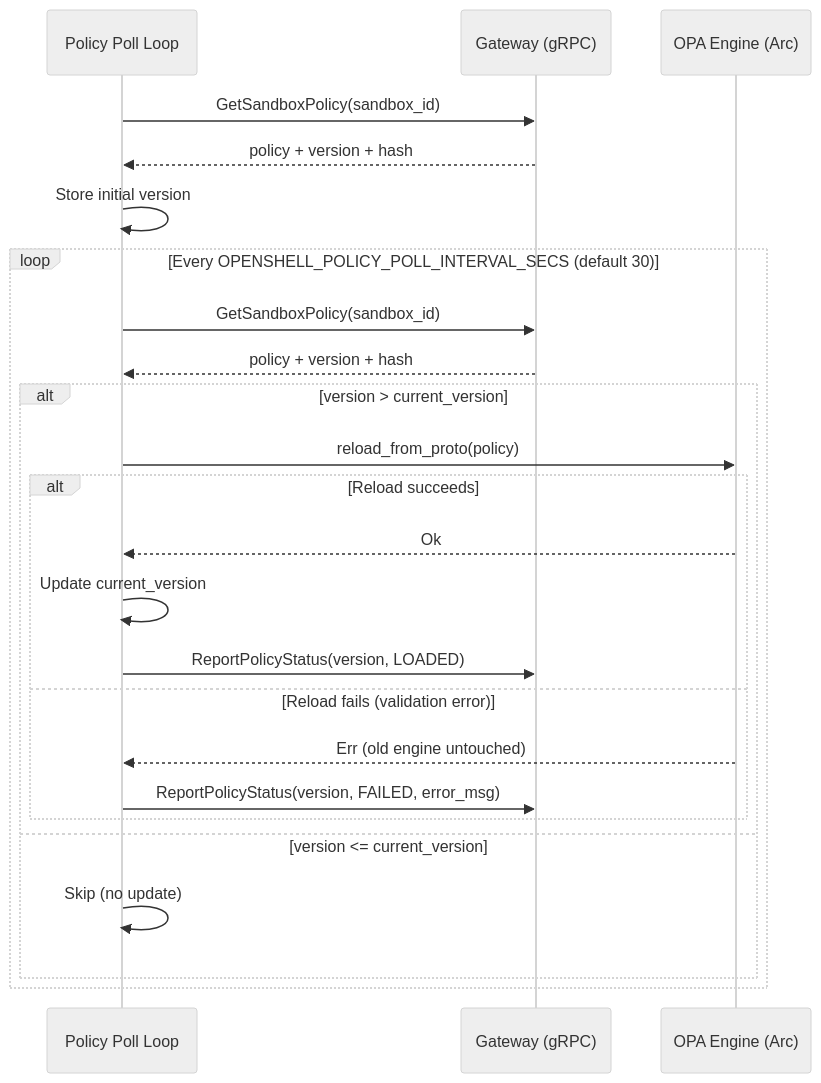
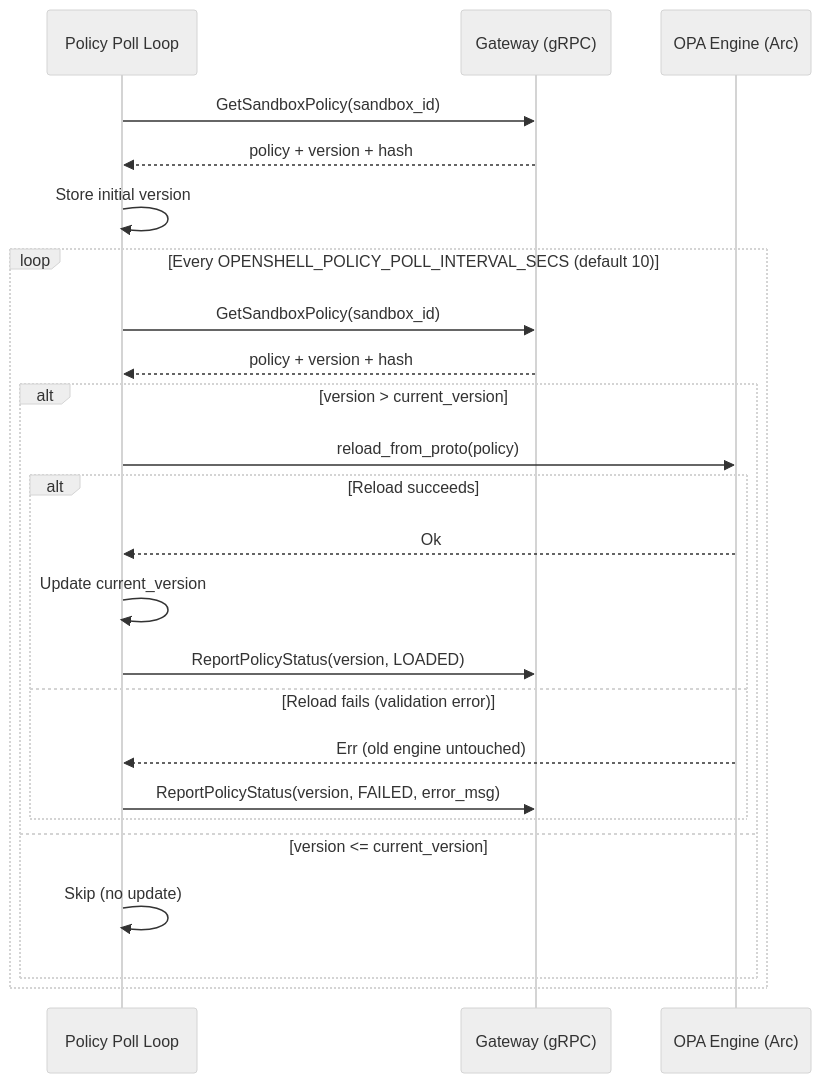
The third of 10 diagrams in architecture/sandbox.md (NVIDIA/OpenShell), drawn with Mermaid (neutral theme) before and after one commit. The commit also changed other lines of this file and 11 other files, not shown here.

````diff
--- a/architecture/sandbox.md
+++ b/architecture/sandbox.md
@@ -312,28 +312,28 @@
 ```mermaid
 sequenceDiagram
     participant PL as Policy Poll Loop
     participant GW as Gateway (gRPC)
     participant OPA as OPA Engine (Arc)
 
     PL->>GW: GetSandboxPolicy(sandbox_id)
     GW-->>PL: policy + version + hash
     PL->>PL: Store initial version
 
-    loop Every OPENSHELL_POLICY_POLL_INTERVAL_SECS (default 30)
+    loop Every OPENSHELL_POLICY_POLL_INTERVAL_SECS (default 10)
         PL->>GW: GetSandboxPolicy(sandbox_id)
         GW-->>PL: policy + version + hash
         alt version > current_version
             PL->>OPA: reload_from_proto(policy)
             alt Reload succeeds
                 OPA-->>PL: Ok
                 PL->>PL: Update current_version
                 PL->>GW: ReportPolicyStatus(version, LOADED)
             else Reload fails (validation error)
                 OPA-->>PL: Err (old engine untouched)
                 PL->>GW: ReportPolicyStatus(version, FAILED, error_msg)
             end
         else version <= current_version
             PL->>PL: Skip (no update)
         end
     end
 ```
````
